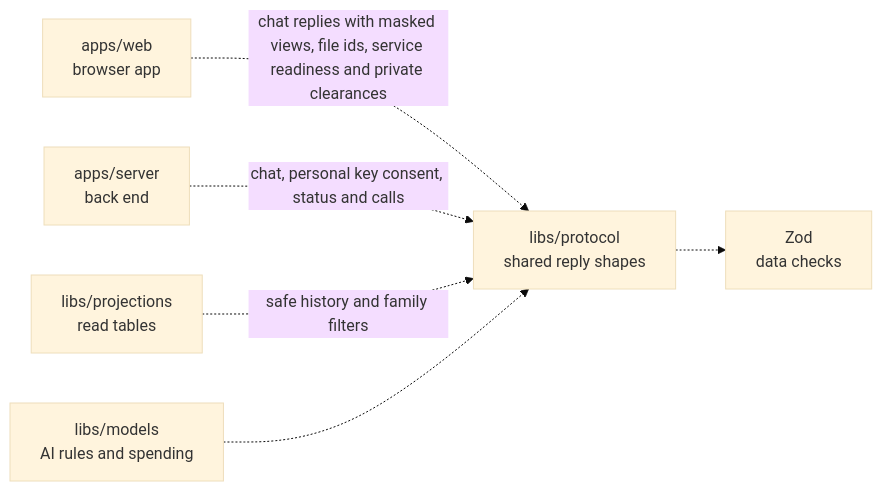
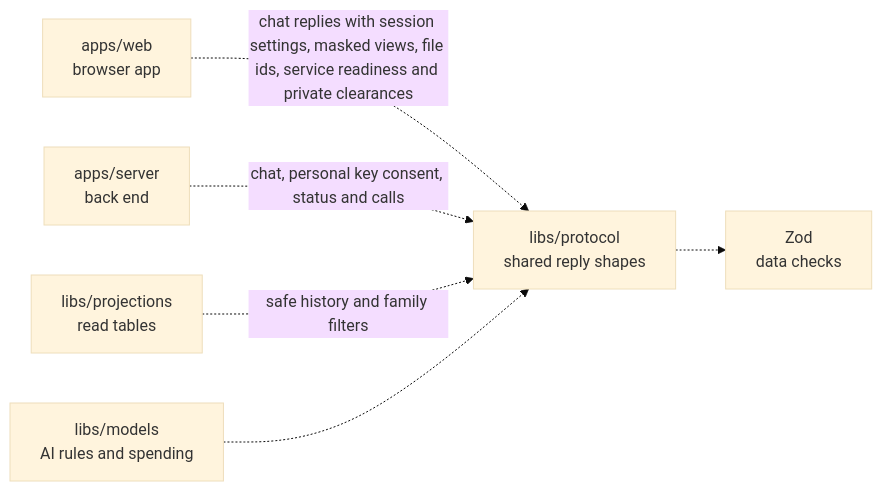
The diagram in libs/protocol/README.md (elewa-git/opencrane-new), drawn with Mermaid (base theme) before and after one commit. The commit also changed other lines of this file and 22 other files, not shown here.

Commit message:
🧩 Share session settings with the web and finish the configuration readers

````diff
--- a/libs/protocol/README.md
+++ b/libs/protocol/README.md
@@ -52,8 +52,8 @@
 ```mermaid
 flowchart LR
-  web["apps/web<br/>browser app"] -.->|chat replies with masked views, file ids, service readiness and private clearances| protocol["libs/protocol<br/>shared reply shapes"]
+  web["apps/web<br/>browser app"] -.->|chat replies with session settings, masked views, file ids, service readiness and private clearances| protocol["libs/protocol<br/>shared reply shapes"]
   server["apps/server<br/>back end"] -.->|chat, personal key consent, status and calls| protocol
   projections["libs/projections<br/>read tables"] -.->|safe history and family filters| protocol
   models["libs/models<br/>AI rules and spending"] -.-> protocol
   protocol -.-> zod["Zod<br/>data checks"]
 ```
````
